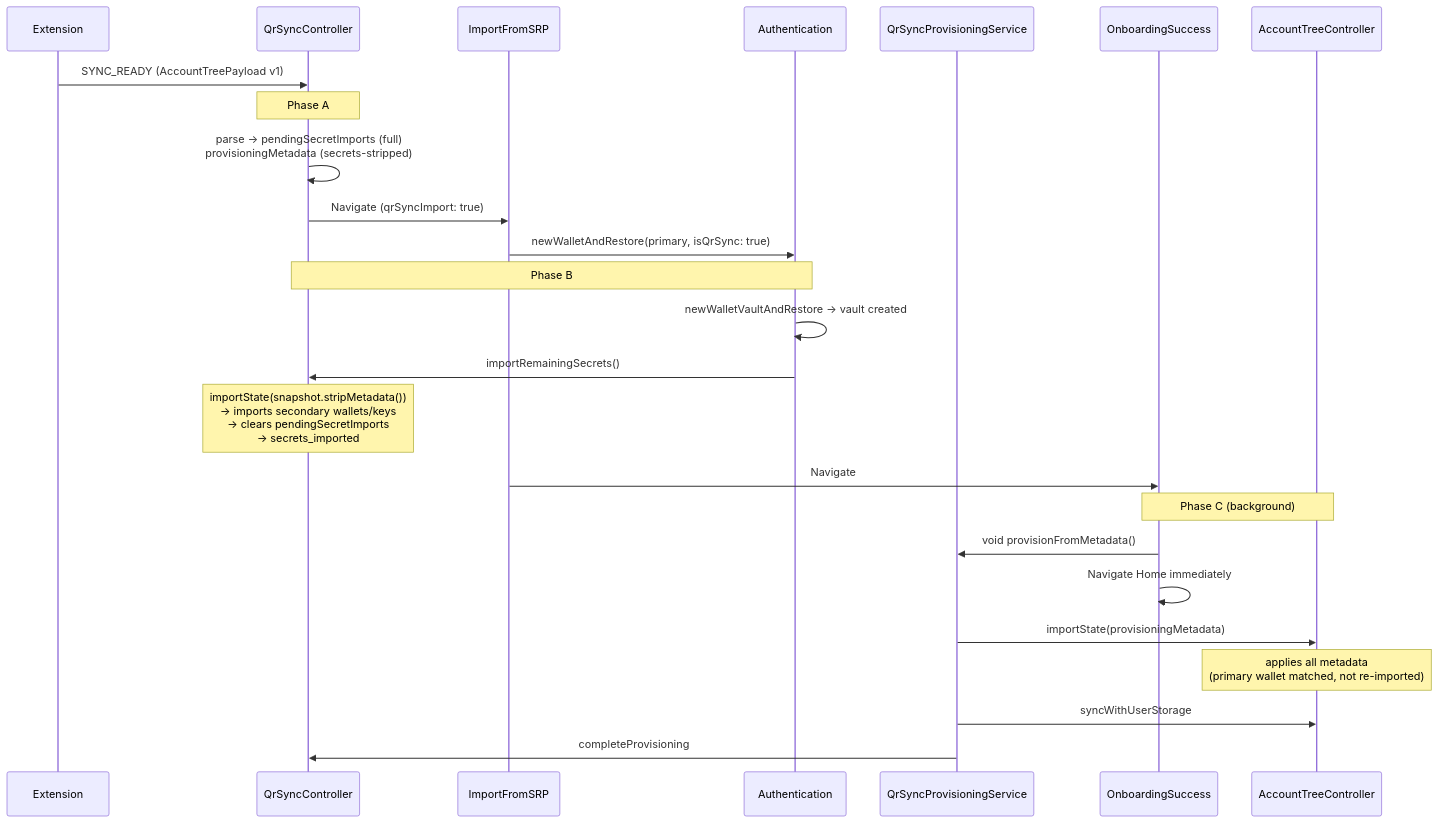
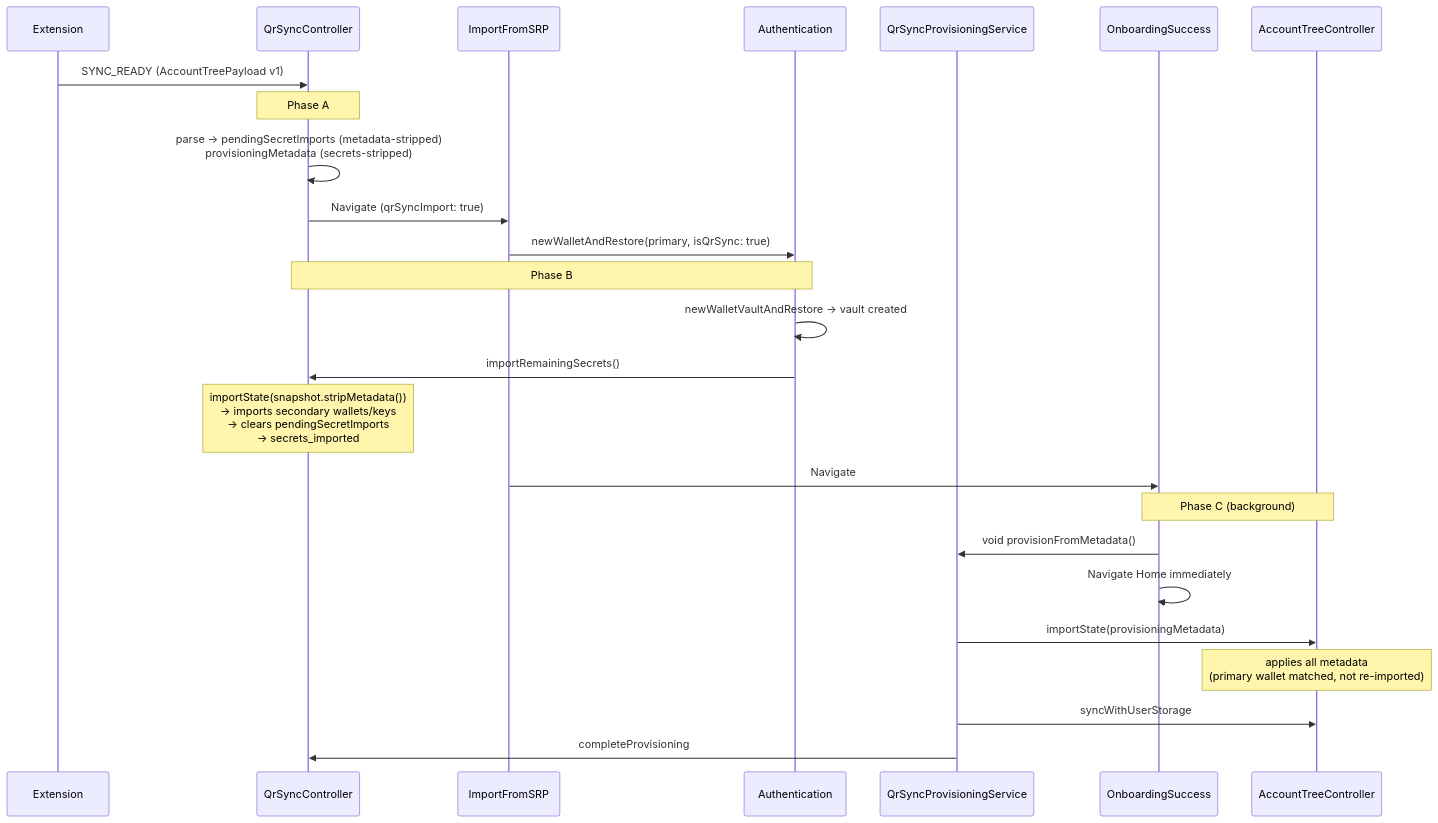
Before and after one commit to MetaMask/metamask-mobile: the first of 4 diagrams in docs/qr-sync/provisioning-technical.md, drawn with Mermaid. The commit also changed other lines of this file, not shown here.

````diff
--- a/docs/qr-sync/provisioning-technical.md
+++ b/docs/qr-sync/provisioning-technical.md
@@ -108,30 +108,30 @@
 ```mermaid
 sequenceDiagram
     participant Ext as Extension
     participant QC as QrSyncController
     participant Import as ImportFromSRP
     participant Auth as Authentication
     participant Prov as QrSyncProvisioningService
     participant Success as OnboardingSuccess
     participant ATC as AccountTreeController
 
     Ext->>QC: SYNC_READY (AccountTreePayload v1)
     Note over QC: Phase A
-    QC->>QC: parse → pendingSecretImports (full)<br/>provisioningMetadata (secrets-stripped)
+    QC->>QC: parse → pendingSecretImports (metadata-stripped)<br/>provisioningMetadata (secrets-stripped)
     QC->>Import: Navigate (qrSyncImport: true)
 
     Import->>Auth: newWalletAndRestore(primary, isQrSync: true)
     Note over Auth,QC: Phase B
     Auth->>Auth: newWalletVaultAndRestore → vault created
     Auth->>QC: importRemainingSecrets()
     Note over QC: importState(snapshot.stripMetadata())<br/>→ imports secondary wallets/keys<br/>→ clears pendingSecretImports<br/>→ secrets_imported
     Import->>Success: Navigate
 
     Note over Success,ATC: Phase C (background)
     Success->>Prov: void provisionFromMetadata()
     Success->>Success: Navigate Home immediately
     Prov->>ATC: importState(provisioningMetadata)
     Note over ATC: applies all metadata<br/>(primary wallet matched, not re-imported)
     Prov->>ATC: syncWithUserStorage
     Prov->>QC: completeProvisioning
 ```
````
